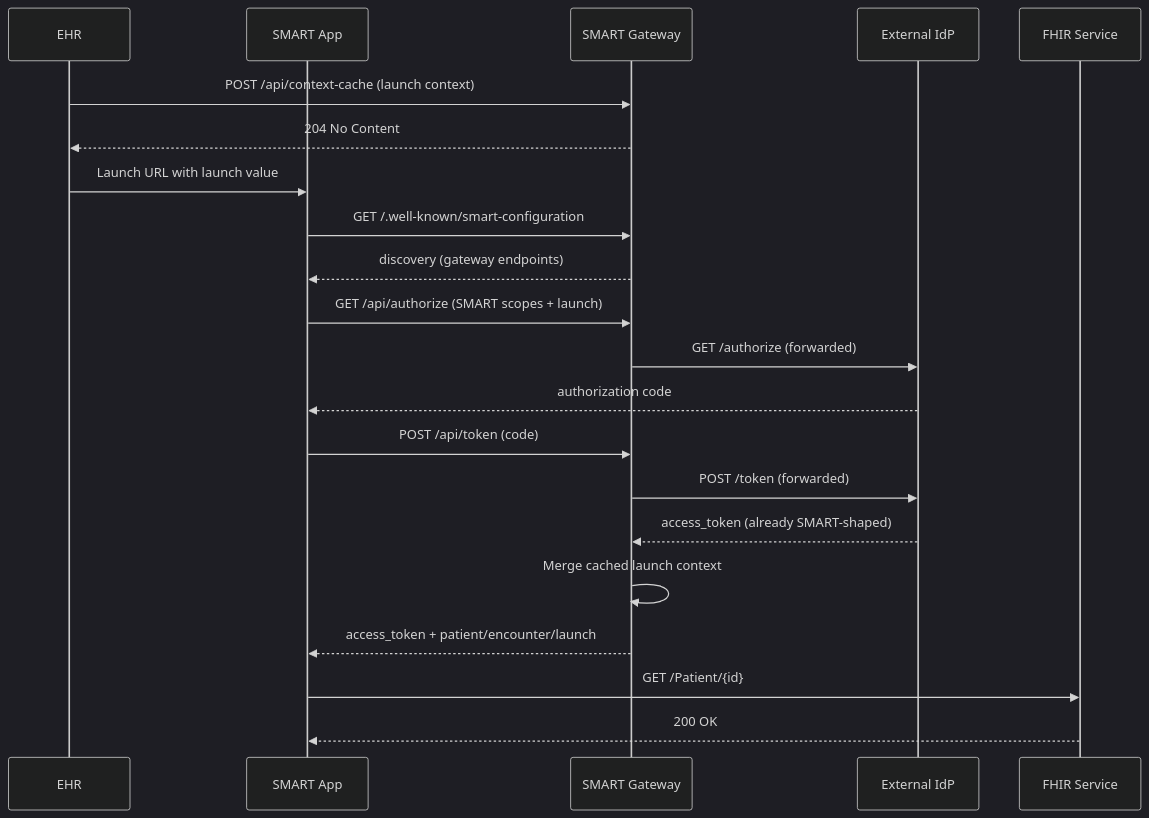
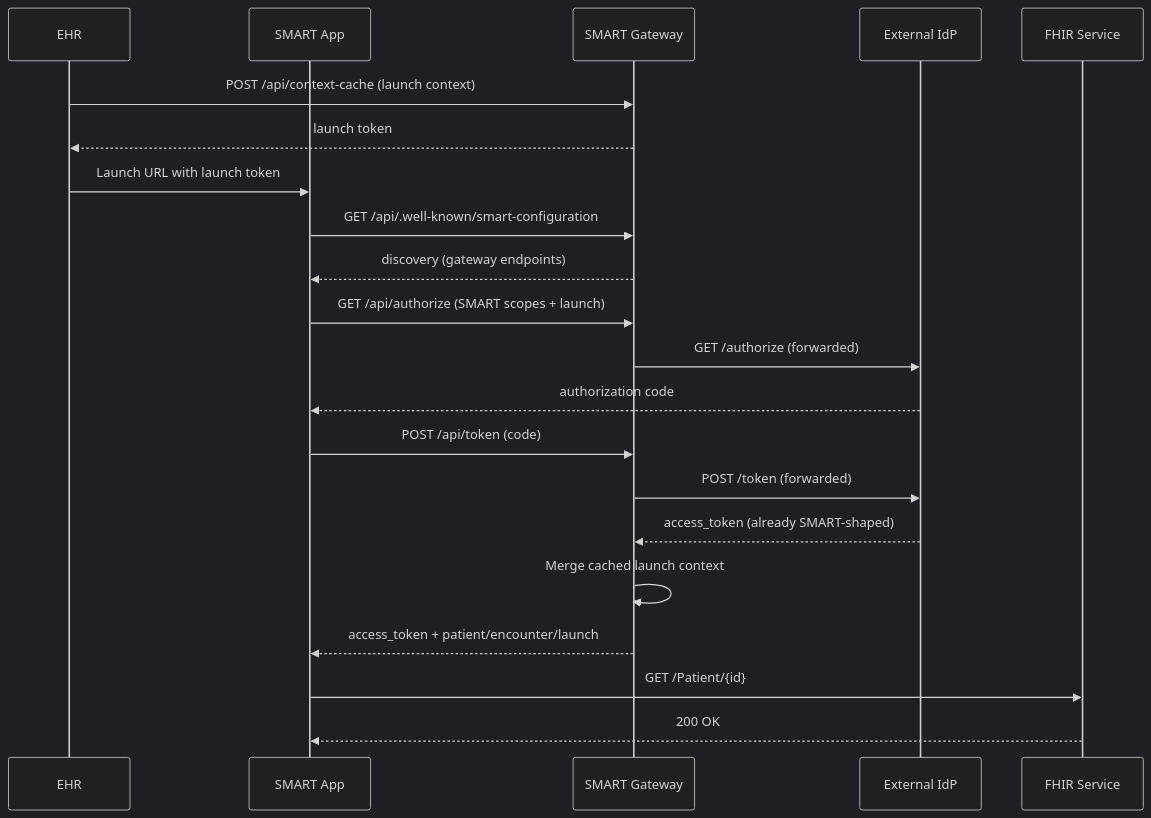
One commit to Azure-Samples/azure-health-data-and-ai-samples changed the fourth of 7 diagrams in samples/smartonfhir-smartnative-v2/docs/technical-guide.md. Above: the diagram before and after it, drawn with Mermaid (dark theme). The commit also changed other lines of this file and 56 other files, not shown here.

````diff
--- a/samples/smartonfhir-smartnative-v2/docs/technical-guide.md
+++ b/samples/smartonfhir-smartnative-v2/docs/technical-guide.md
@@ -186,24 +170,24 @@
 ```mermaid
 sequenceDiagram
     participant EHR
     participant App as SMART App
     participant GW as SMART Gateway
     participant IdP as External IdP
     participant FHIR as FHIR Service
 
     EHR->>GW: POST /api/context-cache (launch context)
-    GW-->>EHR: 204 No Content
-    EHR->>App: Launch URL with launch value
-    App->>GW: GET /.well-known/smart-configuration
+    GW-->>EHR: launch token
+    EHR->>App: Launch URL with launch token
+    App->>GW: GET /api/.well-known/smart-configuration
     GW-->>App: discovery (gateway endpoints)
     App->>GW: GET /api/authorize (SMART scopes + launch)
     GW->>IdP: GET /authorize (forwarded)
     IdP-->>App: authorization code
     App->>GW: POST /api/token (code)
     GW->>IdP: POST /token (forwarded)
     IdP-->>GW: access_token (already SMART-shaped)
     GW->>GW: Merge cached launch context
     GW-->>App: access_token + patient/encounter/launch
     App->>FHIR: GET /Patient/{id}
     FHIR-->>App: 200 OK
 ```
````
